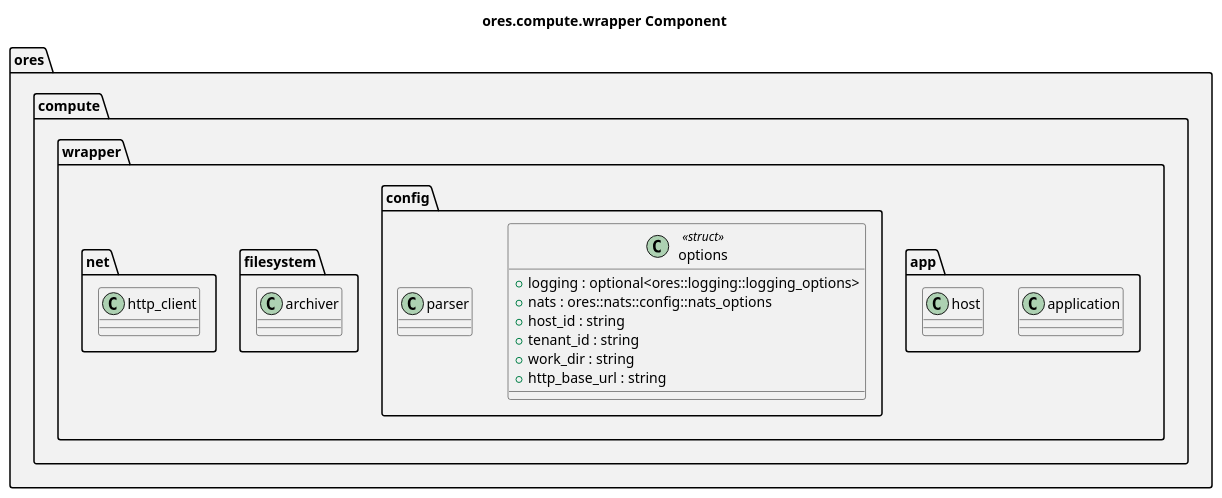
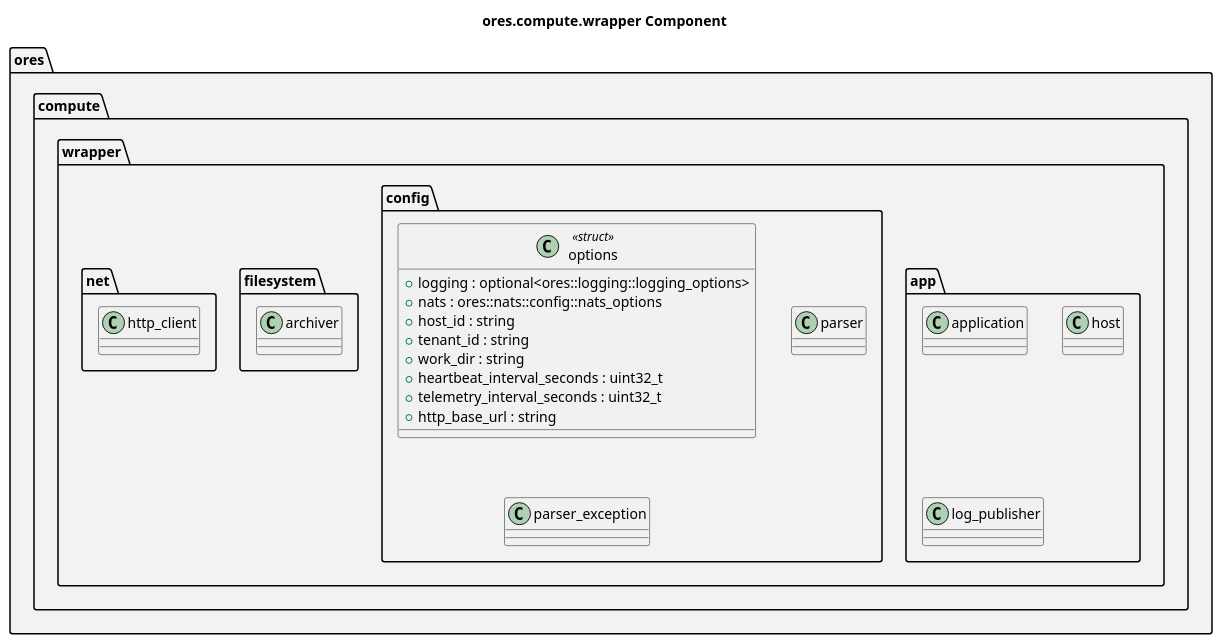
The diagram in projects/ores.compute/wrapper/modeling/ores.compute.wrapper.puml (OreStudio/OreStudio), drawn with PlantUML before and after one commit. The commit also changed 62 other files, not shown here.

```diff
--- a/projects/ores.compute/wrapper/modeling/ores.compute.wrapper.puml
+++ b/projects/ores.compute/wrapper/modeling/ores.compute.wrapper.puml
@@ -18,45 +18,51 @@
 @startuml
 
 title ores.compute.wrapper Component
 
 set namespaceSeparator ::
 
 namespace ores #F2F2F2 {
     namespace compute #F2F2F2 {
         namespace wrapper #F2F2F2 {
             namespace app #F2F2F2 {
                 class application {
                 }
                 class host {
                 }
+                class log_publisher {
+                }
             }
             namespace config #F2F2F2 {
                 class options <<struct>> {
                     +logging : optional<ores::logging::logging_options>
                     +nats : ores::nats::config::nats_options
                     +host_id : string
                     +tenant_id : string
                     +work_dir : string
+                    +heartbeat_interval_seconds : uint32_t
+                    +telemetry_interval_seconds : uint32_t
                     +http_base_url : string
                 }
                 class parser {
+                }
+                class parser_exception {
                 }
             }
             namespace filesystem #F2F2F2 {
                 class archiver {
                 }
             }
             namespace net #F2F2F2 {
                 class http_client {
                 }
             }
         }
     }
 }
 
 ' --- manual: everything below this line is hand-authored; the script preserves it ---
 
 ' Local Variables:
 ' compile-command: "java -Djava.awt.headless=true -DPLANTUML_SECURITY_PROFILE=UNSECURE -DPLANTUML_LIMIT_SIZE=65535 -jar /usr/share/plantuml/plantuml.jar ores.compute.wrapper.puml"
 ' End:
 @enduml
```
